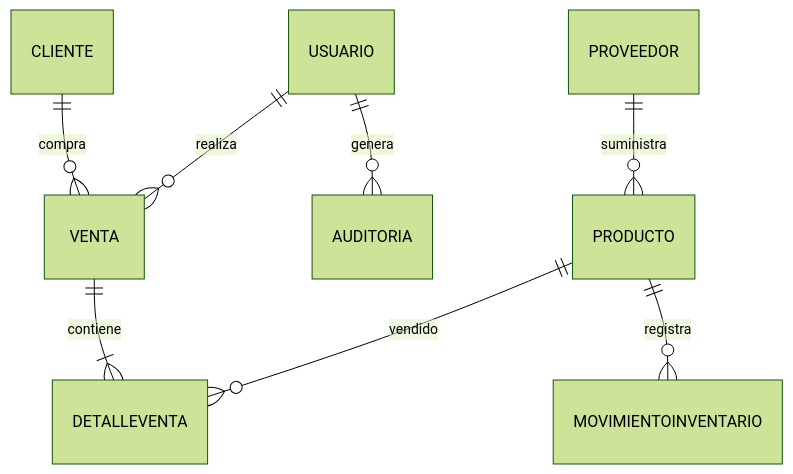
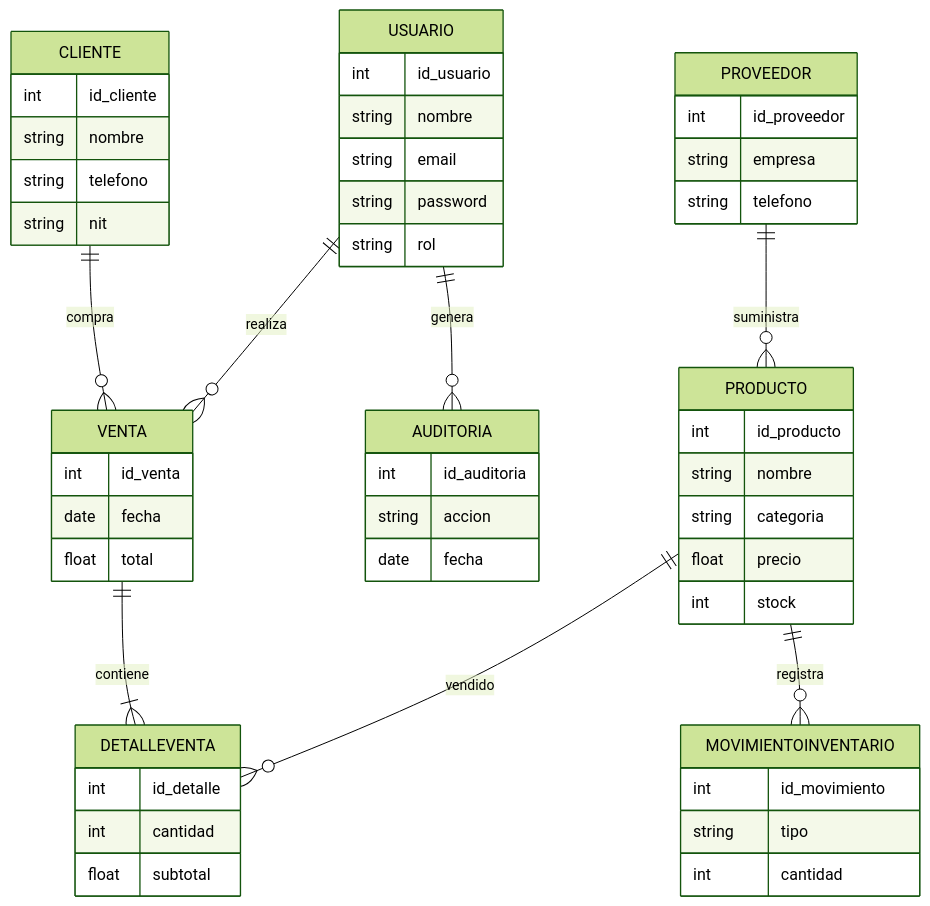
Before and after one commit to RoyOnofre/TechStore-Manager-: the first of 2 diagrams in README.md, drawn with Mermaid (forest theme). The commit also changed other lines of this file, not shown here.

````diff
--- a/README.md
+++ b/README.md
@@ -111,11 +109,64 @@
 ```mermaid
 erDiagram
+
+USUARIO {
+    int id_usuario
+    string nombre
+    string email
+    string password
+    string rol
+}
+
+CLIENTE {
+    int id_cliente
+    string nombre
+    string telefono
+    string nit
+}
+
+PRODUCTO {
+    int id_producto
+    string nombre
+    string categoria
+    float precio
+    int stock
+}
+
+PROVEEDOR {
+    int id_proveedor
+    string empresa
+    string telefono
+}
+
+VENTA {
+    int id_venta
+    date fecha
+    float total
+}
+
+DETALLEVENTA {
+    int id_detalle
+    int cantidad
+    float subtotal
+}
+
+MOVIMIENTOINVENTARIO {
+    int id_movimiento
+    string tipo
+    int cantidad
+}
+
+AUDITORIA {
+    int id_auditoria
+    string accion
+    date fecha
+}
 
 USUARIO ||--o{ VENTA : realiza
 CLIENTE ||--o{ VENTA : compra
 VENTA ||--|{ DETALLEVENTA : contiene
 PRODUCTO ||--o{ DETALLEVENTA : vendido
 PRODUCTO ||--o{ MOVIMIENTOINVENTARIO : registra
 USUARIO ||--o{ AUDITORIA : genera
 PROVEEDOR ||--o{ PRODUCTO : suministra
 ```
````
